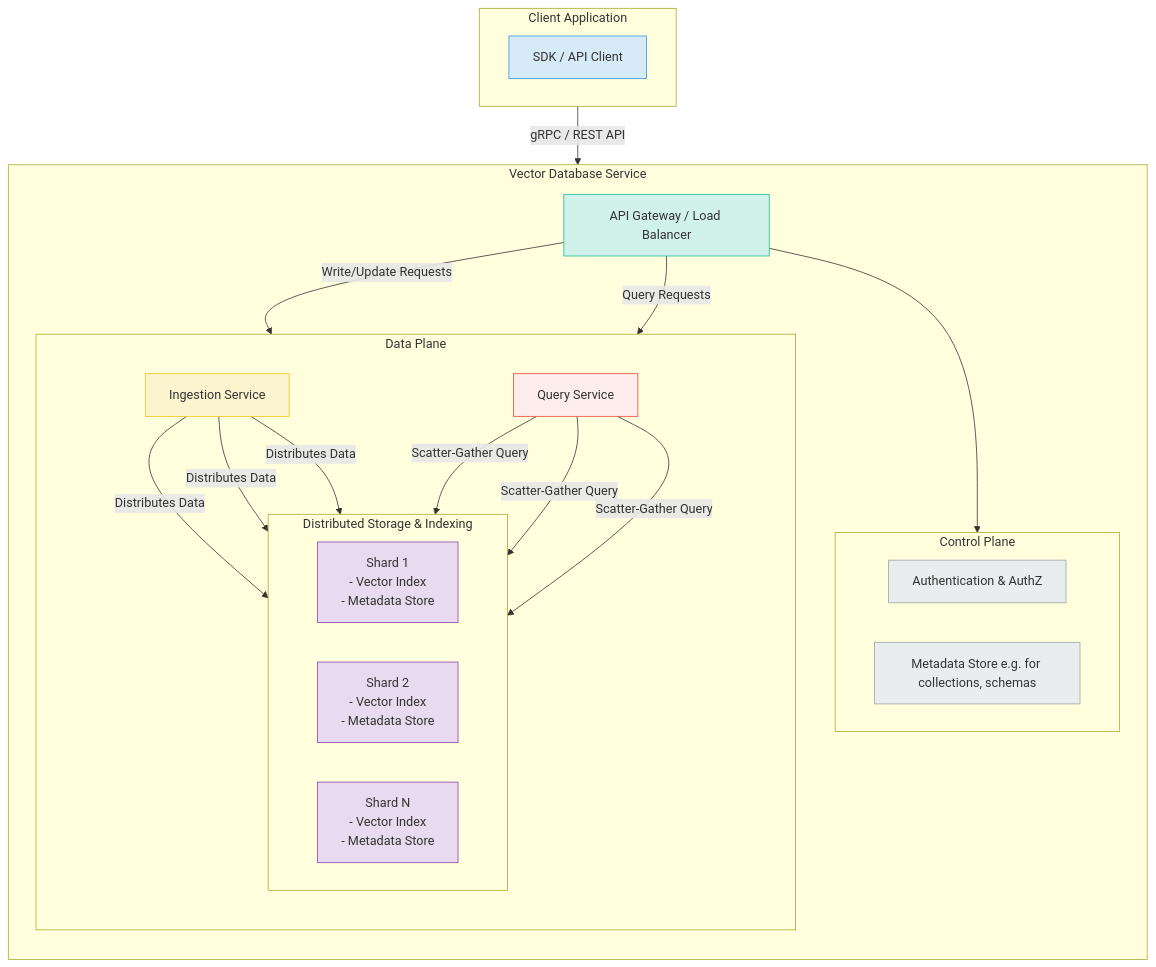
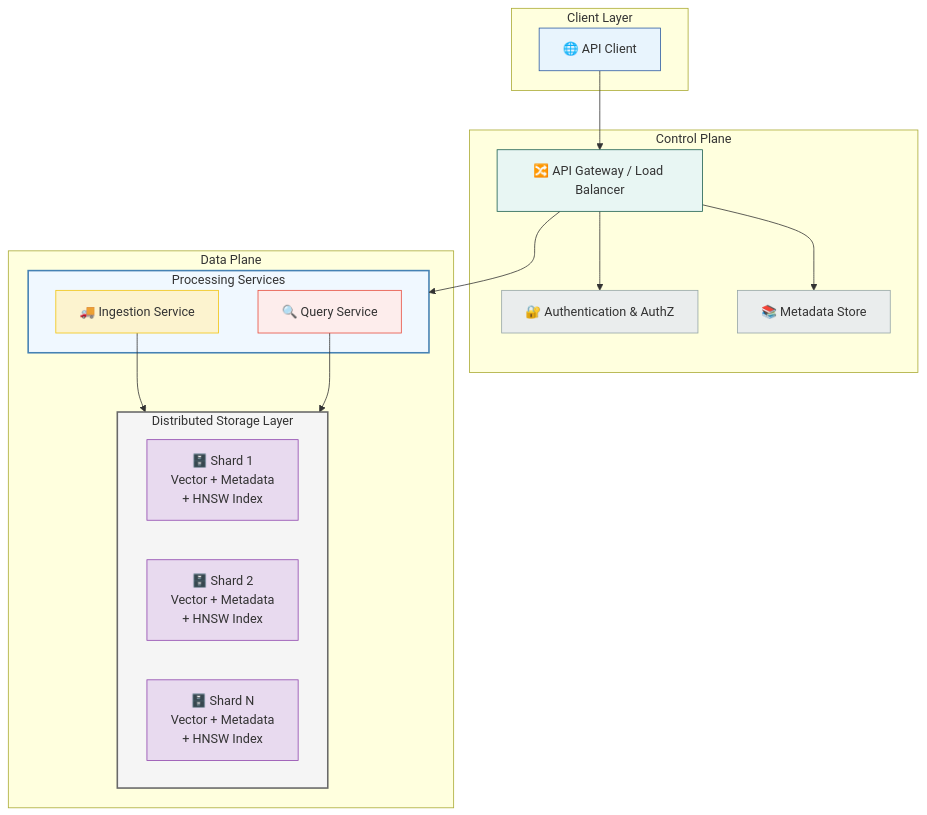
One commit to raphaelmansuy/tutorials changed the first of 4 diagrams in 32_embeddings/07_scaling_embeddings_from_prototype_to_production.md. Above: the diagram before and after it, drawn with Mermaid. The commit also changed other lines of this file and 6 other files, not shown here.

````diff
--- a/32_embeddings/07_scaling_embeddings_from_prototype_to_production.md
+++ b/32_embeddings/07_scaling_embeddings_from_prototype_to_production.md
@@ -49,54 +49,46 @@
 ```mermaid
 flowchart TD
-    subgraph "Client Application"
-        direction LR
-        SDK[SDK / API Client]
+    subgraph ClientLayer ["Client Layer"]
+        Client[🌐 API Client]
+    end
+    subgraph ControlPlane ["Control Plane"]
+        Gateway[🔀 API Gateway / Load Balancer]
+        Auth[🔐 Authentication & AuthZ]
+        Meta[📚 Metadata Store]
+        Gateway --> Auth
+        Gateway --> Meta
+    end
+    subgraph DataPlane ["Data Plane"]
+        subgraph ProcessingServices ["Processing Services"]
+            Ingest[🚚 Ingestion Service]
+            QuerySvc[🔍 Query Service]
+        end
+        
+        subgraph DistributedStorage ["Distributed Storage Layer"]
+            Shard1[🗄️ Shard 1<br/>Vector + Metadata<br/>+ HNSW Index]
+            Shard2[🗄️ Shard 2<br/>Vector + Metadata<br/>+ HNSW Index]
+            ShardN[🗄️ Shard N<br/>Vector + Metadata<br/>+ HNSW Index]
+        end
+        
+        %% Simplified connections within Data Plane
+        Ingest --> DistributedStorage
+        QuerySvc --> DistributedStorage
     end
 
-    subgraph "Vector Database Service"
-        direction TB
-        API_Gateway[API Gateway / Load Balancer]
+    %% Main client flow connections
+    Client --> Gateway
+    Gateway --> ProcessingServices
 
-        subgraph "Control Plane"
-            direction LR
-            Auth[Authentication & AuthZ]
-            Metadata_Store[Metadata Store e.g. for collections, schemas]
-        end
-
-        subgraph "Data Plane"
-            direction TB
-            Ingestion_Service[Ingestion Service]
-            Query_Service[Query Service]
-
-            subgraph "Distributed Storage & Indexing"
-                direction LR
-                Shard1[Shard 1<br/>- Vector Index<br/>- Metadata Store]
-                Shard2[Shard 2<br/>- Vector Index<br/>- Metadata Store]
-                ShardN[Shard N<br/>- Vector Index<br/>- Metadata Store]
-            end
-        end
-    end
-
-    SDK -- "gRPC / REST API" --> API_Gateway
-    API_Gateway --> Auth
-    API_Gateway -- "Write/Update Requests" --> Ingestion_Service
-    API_Gateway -- "Query Requests" --> Query_Service
-
-    Ingestion_Service -- "Distributes Data" --> Shard1
-    Ingestion_Service -- "Distributes Data" --> Shard2
-    Ingestion_Service -- "Distributes Data" --> ShardN
-
-    Query_Service -- "Scatter-Gather Query" --> Shard1
-    Query_Service -- "Scatter-Gather Query" --> Shard2
-    Query_Service -- "Scatter-Gather Query" --> ShardN
-
-    style SDK fill:#D6EAF8,stroke:#3498DB
-    style API_Gateway fill:#D1F2EB,stroke:#1ABC9C
-    style Ingestion_Service fill:#FCF3CF,stroke:#F1C40F
-    style Query_Service fill:#FDEDEC,stroke:#E74C3C
+    %% Styles (see copilot-instructions.md)
+    style Client fill:#E8F4FD,stroke:#2C5AA0
+    style Gateway fill:#E8F6F3,stroke:#1B5E4F
+    style Auth fill:#EAEDED,stroke:#95A5A6
+    style Meta fill:#EAEDED,stroke:#95A5A6
+    style Ingest fill:#FCF3CF,stroke:#F1C40F
+    style QuerySvc fill:#FDEDEC,stroke:#E74C3C
     style Shard1 fill:#E8DAEF,stroke:#8E44AD
     style Shard2 fill:#E8DAEF,stroke:#8E44AD
     style ShardN fill:#E8DAEF,stroke:#8E44AD
-    style Auth fill:#EAEDED,stroke:#95A5A6
-    style Metadata_Store fill:#EAEDED,stroke:#95A5A6
+    style ProcessingServices fill:#F0F8FF,stroke:#4682B4,stroke-width:2px
+    style DistributedStorage fill:#F5F5F5,stroke:#696969,stroke-width:2px
 ```
````
